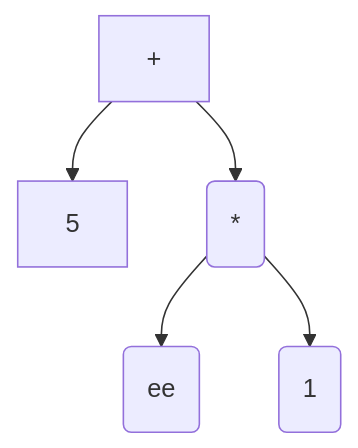
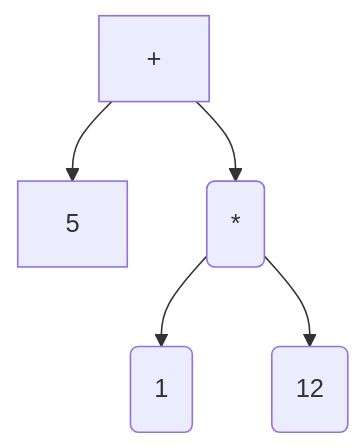
The third of 3 diagrams in drafts/2019-02-25-Compiler-I-AST.md (trshant-sugoi/stackedit), drawn with Mermaid before and after one commit. The commit also changed other lines of this file, not shown here.

````diff
--- a/drafts/2019-02-25-Compiler-I-AST.md
+++ b/drafts/2019-02-25-Compiler-I-AST.md
@@ -45,8 +56,8 @@
-	```mermaid
+    ```mermaid
 	graph TD
 		B["+"]
 		B-->A[5]
 	        B-->E(*)
-	        E-->C(ee)
 	        E-->D(1)
-	```
+	        E-->F(12)
+    ```
````
